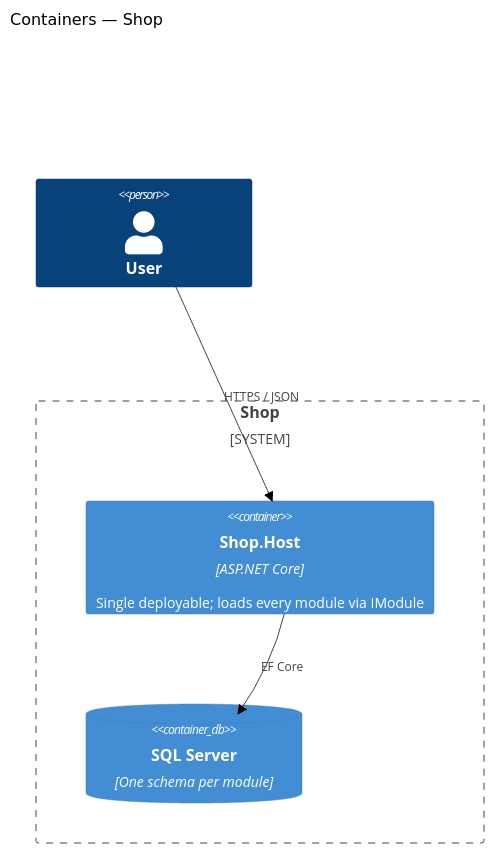
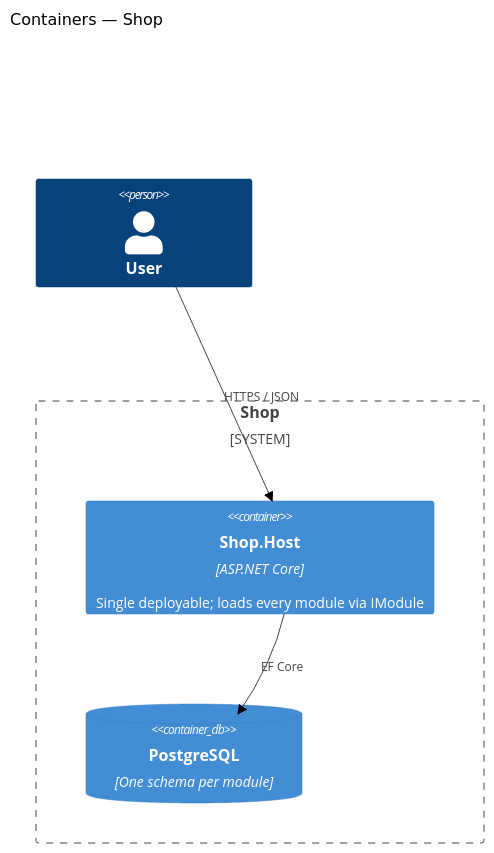
The diagram in docs/architecture/c4-container.md (8ashraf/shop-platform), drawn with Mermaid (forest theme) before and after one commit. The commit also changed 7 other files, not shown here.

Commit message:
Switch persistence from SQL Server to PostgreSQL

````diff
--- a/docs/architecture/c4-container.md
+++ b/docs/architecture/c4-container.md
@@ -3,11 +3,11 @@
 ```mermaid
 C4Container
   title Containers — Shop
   Person(user, "User")
   System_Boundary(sys, "Shop") {
     Container(host, "Shop.Host", "ASP.NET Core", "Single deployable; loads every module via IModule")
-    ContainerDb(db, "SQL Server", "One schema per module")
+    ContainerDb(db, "PostgreSQL", "One schema per module")
   }
   Rel(user, host, "HTTPS / JSON")
   Rel(host, db, "EF Core")
 ```
````
